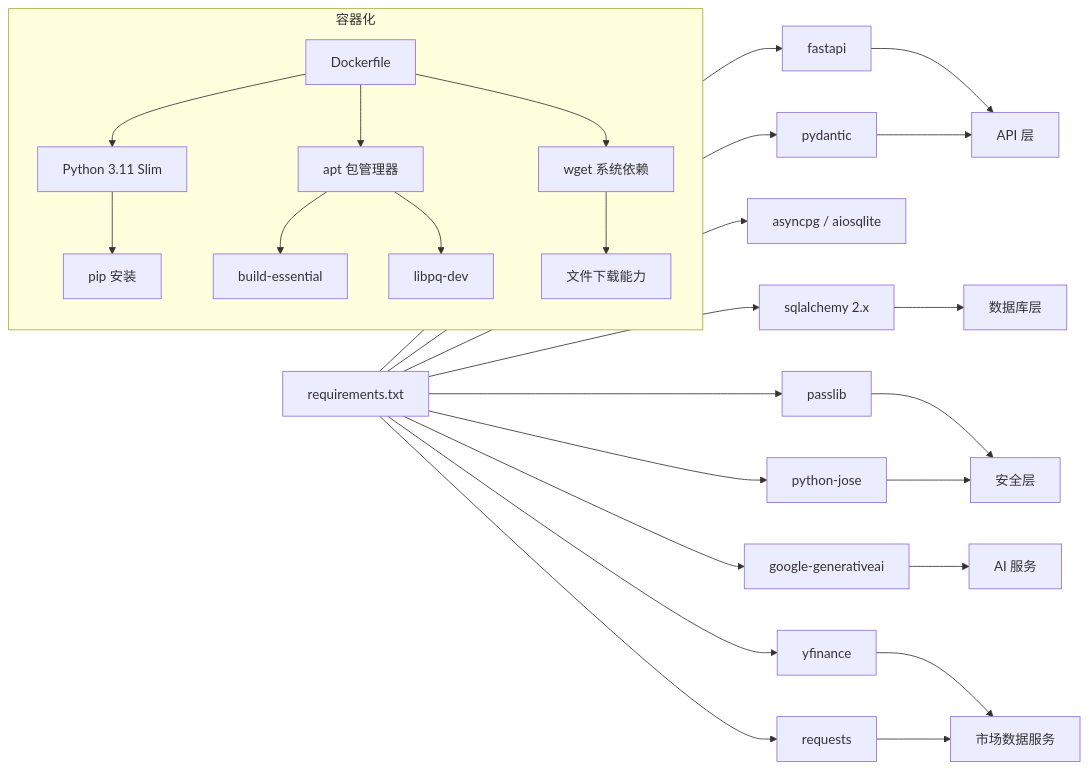
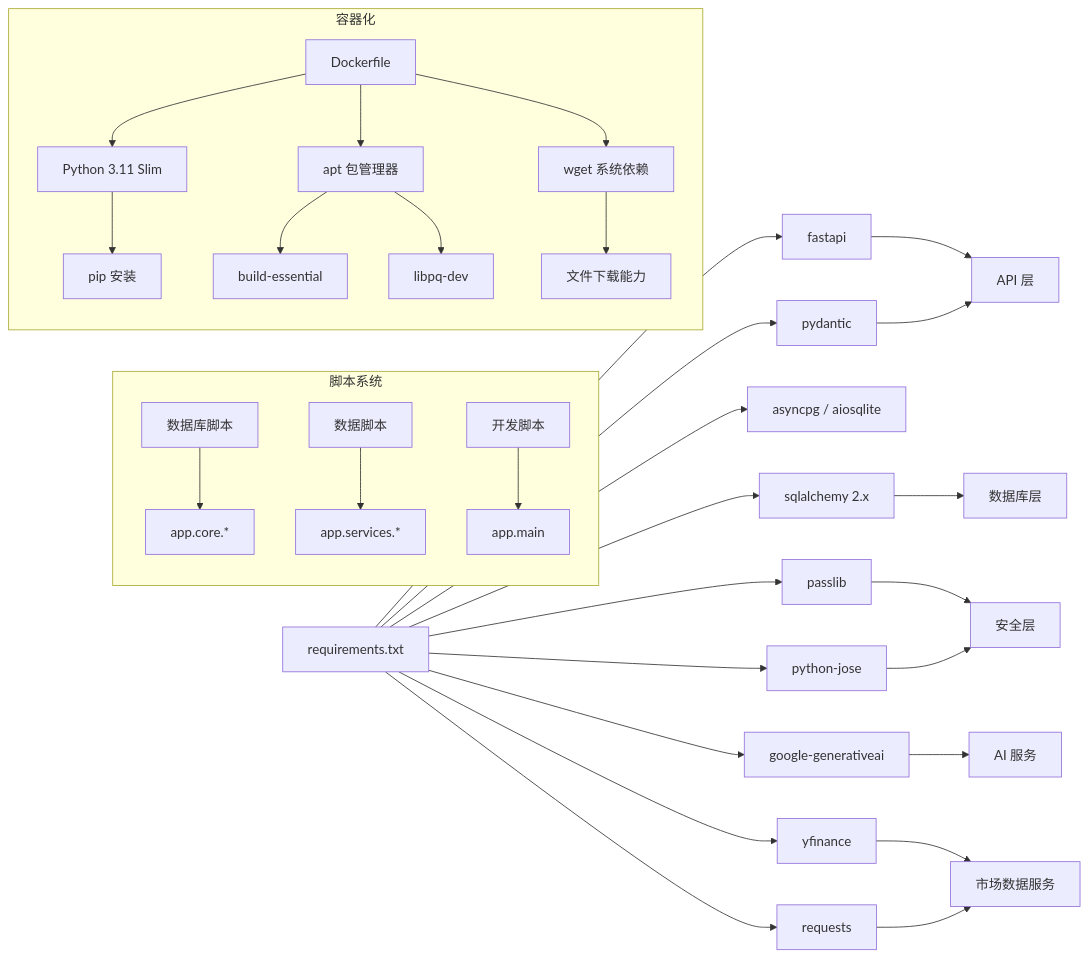
Diagram 11 of 11 in .qoder/repowiki/zh/content/后端开发指南/后端开发指南.md (breeze-lyf/ai-stock-advisor), drawn with Mermaid before and after one commit. The commit also changed other lines of this file and 11 other files, not shown here.

````diff
--- a/.qoder/repowiki/zh/content/后端开发指南/后端开发指南.md
+++ b/.qoder/repowiki/zh/content/后端开发指南/后端开发指南.md
@@ -452,29 +592,34 @@
 ```mermaid
 graph LR
 Req["requirements.txt"] --> FA["fastapi"]
 Req --> SA["sqlalchemy 2.x"]
 Req --> PG["asyncpg / aiosqlite"]
 Req --> PD["pydantic"]
 Req --> PB["passlib"]
 Req --> JO["python-jose"]
 Req --> GG["google-generativeai"]
 Req --> YT["yfinance"]
 Req --> RS["requests"]
 FA --> API["API 层"]
 SA --> DB["数据库层"]
 PD --> API
 PB --> SEC["安全层"]
 JO --> SEC
 GG --> AIS["AI 服务"]
 YT --> MDS["市场数据服务"]
 RS --> MDS
+subgraph "脚本系统"
+DBScripts["数据库脚本"] --> AppCore["app.core.*"]
+DataScripts["数据脚本"] --> AppServices["app.services.*"]
+DevScripts["开发脚本"] --> AppMain["app.main"]
+end
 subgraph "容器化"
 Docker["Dockerfile"] --> PyBase["Python 3.11 Slim"]
 Docker --> Apt["apt 包管理器"]
 Docker --> Wget["wget 系统依赖"]
 PyBase --> Pip["pip 安装"]
 Apt --> BuildEssential["build-essential"]
 Apt --> LibPq["libpq-dev"]
 Wget --> FileDownload["文件下载能力"]
 end
 ```
````
